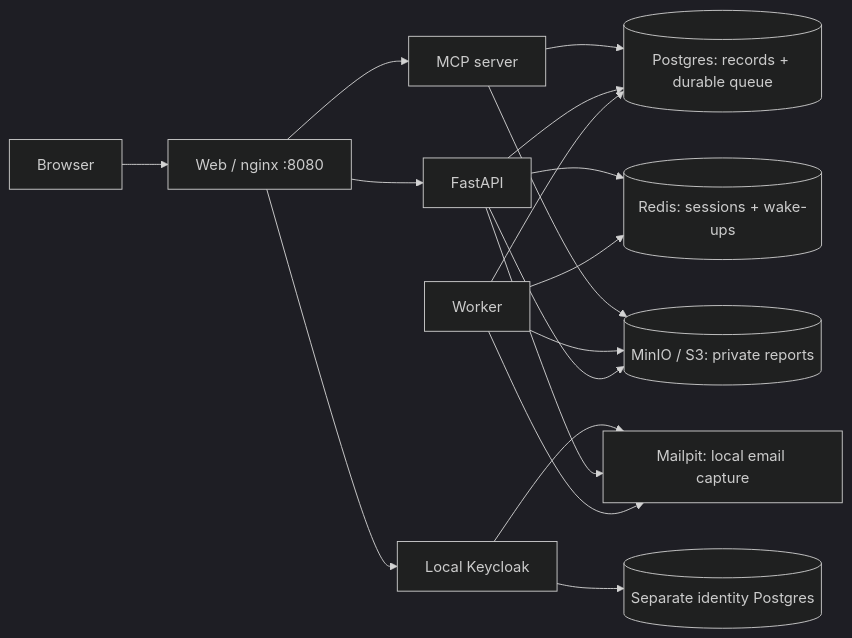
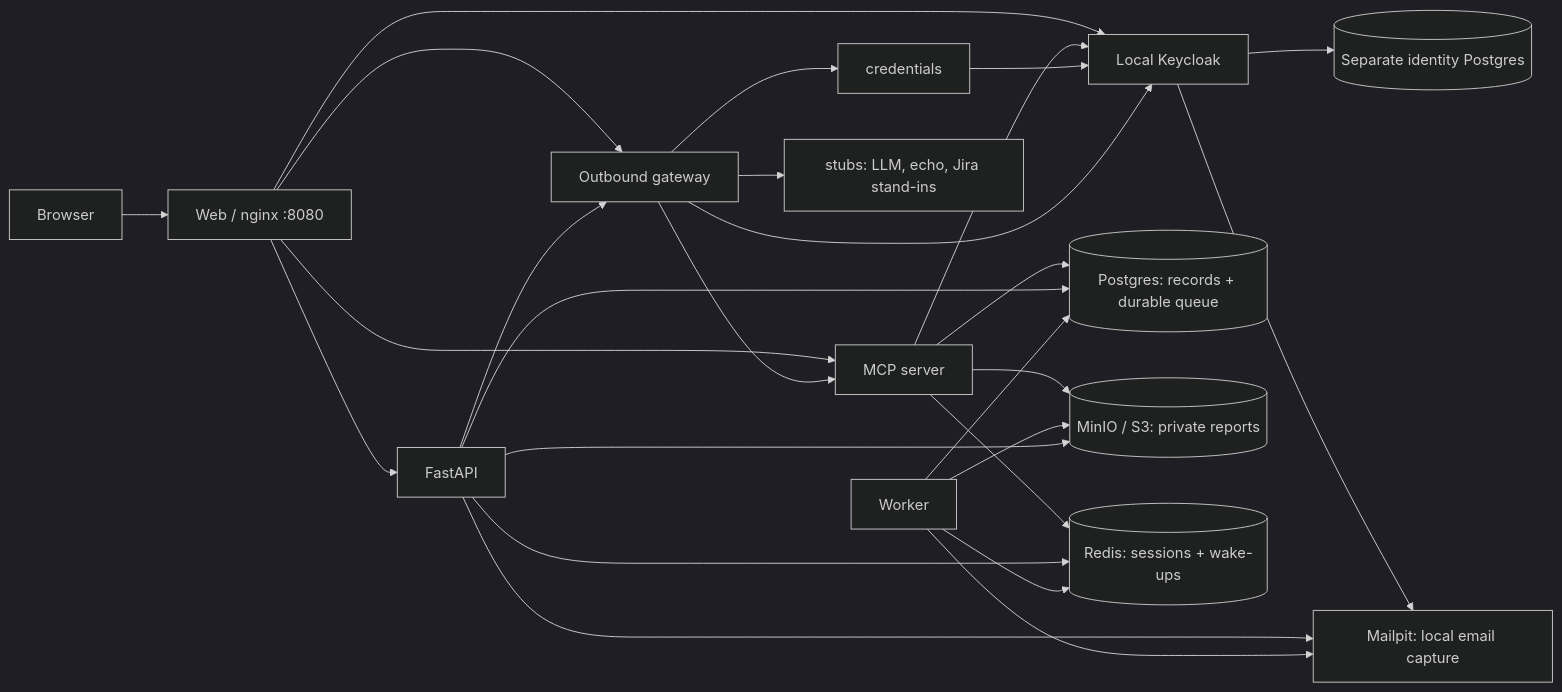
The diagram in README.md (theRealMarkCastillo/local-cloud-demo), drawn with Mermaid (dark theme) before and after one commit. The commit also changed other lines of this file and 6 other files, not shown here.

Commit message:
Document the outbound gateway

````diff
--- a/README.md
+++ b/README.md
@@ -64,19 +64,28 @@
 ```mermaid
 flowchart LR
   Browser --> Web[Web / nginx :8080]
   Web --> API[FastAPI]
   Web --> KC[Local Keycloak]
   Web --> MCP[MCP server]
   MCP --> PG
   MCP --> S3
+  MCP --> Redis
+  MCP --> KC
+  Web --> GW[Outbound gateway]
+  API --> GW
+  GW --> MCP
+  GW --> Cred[credentials]
+  Cred --> KC
+  GW --> KC
+  GW --> Stubs[stubs: LLM, echo, Jira stand-ins]
   API --> PG[(Postgres: records + durable queue)]
   API --> Redis[(Redis: sessions + wake-ups)]
   Worker --> PG
   Worker --> Redis
   Worker --> S3[(MinIO / S3: private reports)]
   API --> S3
   KC --> KPG[(Separate identity Postgres)]
   KC --> Mailpit[Mailpit: local email capture]
   API --> Mailpit
   Worker --> Mailpit
 ```
````
